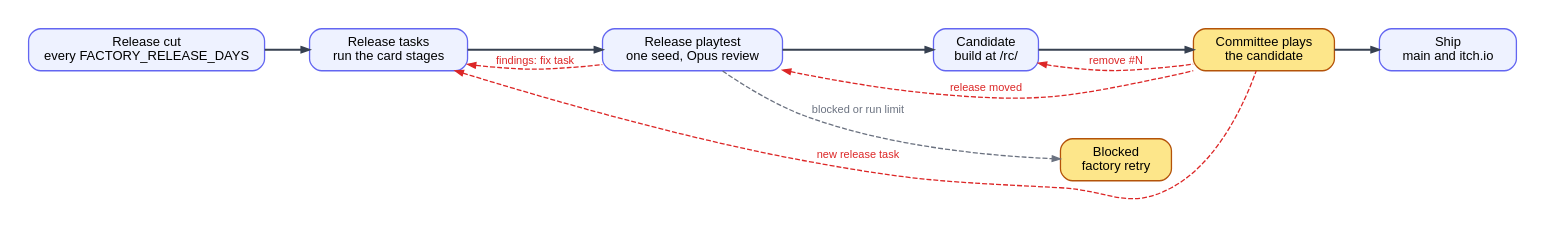
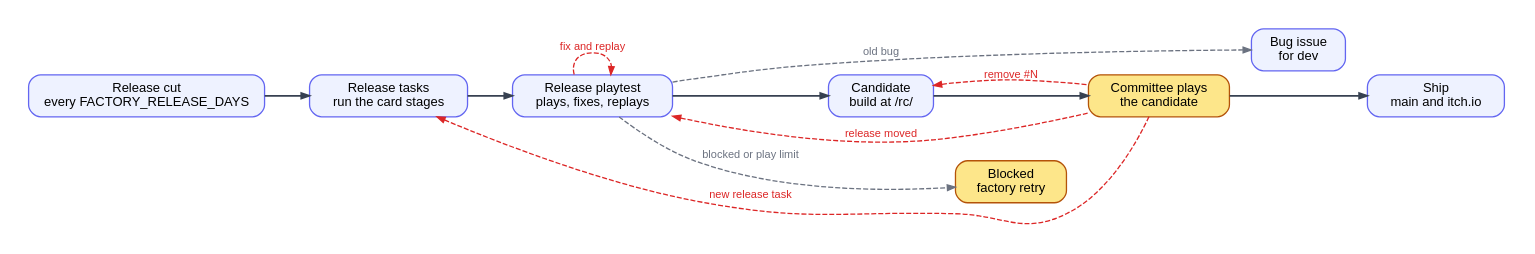
The diagram in factory/docs/diagrams/release.dot (btseytlin/road-machiners), drawn with Graphviz before and after one commit. The commit also changed 6 other files, not shown here.

Commit message:
Docs: the release playtest is one stage

```diff
--- a/factory/docs/diagrams/release.dot
+++ b/factory/docs/diagrams/release.dot
@@ -1,17 +1,19 @@
 // Release. Black: normal path. Red: loops back. Grey: stops the flow. Yellow: waits for people.
 digraph release {
   rankdir=LR; nodesep=0.3; ranksep=0.6; bgcolor=white; pad=0.3;
   node [shape=box, style="rounded,filled", fillcolor="#eef2ff", color="#6366f1", fontname="Helvetica", fontsize=13, margin="0.2,0.1", penwidth=1.3, width=1.3];
   edge [color="#374151", penwidth=1.8, arrowsize=0.8, fontname="Helvetica", fontsize=11];
-  C [label="Release cut\nevery FACTORY_RELEASE_DAYS"]; T [label="Release tasks\nrun the card stages"]; G [label="Release playtest\none seed, Opus review"]; B [label="Candidate\nbuild at /rc/"];
+  C [label="Release cut\nevery FACTORY_RELEASE_DAYS"]; T [label="Release tasks\nrun the card stages"]; G [label="Release playtest\nplays, fixes, replays"]; B [label="Candidate\nbuild at /rc/"];
   P [label="Committee plays\nthe candidate", fillcolor="#fde68a", color="#b45309"]; S [label="Ship\nmain and itch.io"];
-  BL [label="Blocked\nfactory retry", fillcolor="#fde68a", color="#b45309"];
+  BL [label="Blocked\nfactory retry", fillcolor="#fde68a", color="#b45309"]; D [label="Bug issue\nfor dev"];
   C -> T -> G -> B -> P -> S [weight=100];
   edge [color="#dc2626", fontcolor="#dc2626", style=dashed, penwidth=1.3, dir=back, weight=0];
   T -> P [label="new release task"];
   B -> P [label="remove #N"];
-  T -> G [label="findings: fix task"];
   G -> P [label="release moved"];
+  edge [color="#dc2626", fontcolor="#dc2626", style=dashed, penwidth=1.3, dir=forward, weight=0];
+  G -> G [label="fix and replay"];
   edge [color="#6b7280", fontcolor="#6b7280", style=dashed, penwidth=1.3, dir=forward, weight=0];
-  G -> BL [label="blocked or run limit"];
+  G -> BL [label="blocked or play limit"];
+  G -> D [label="old bug"];
 }
```
